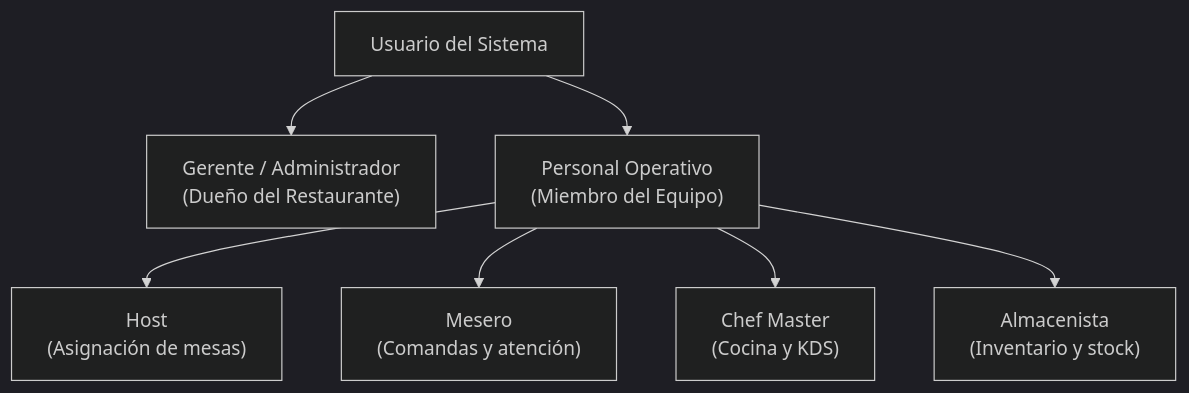
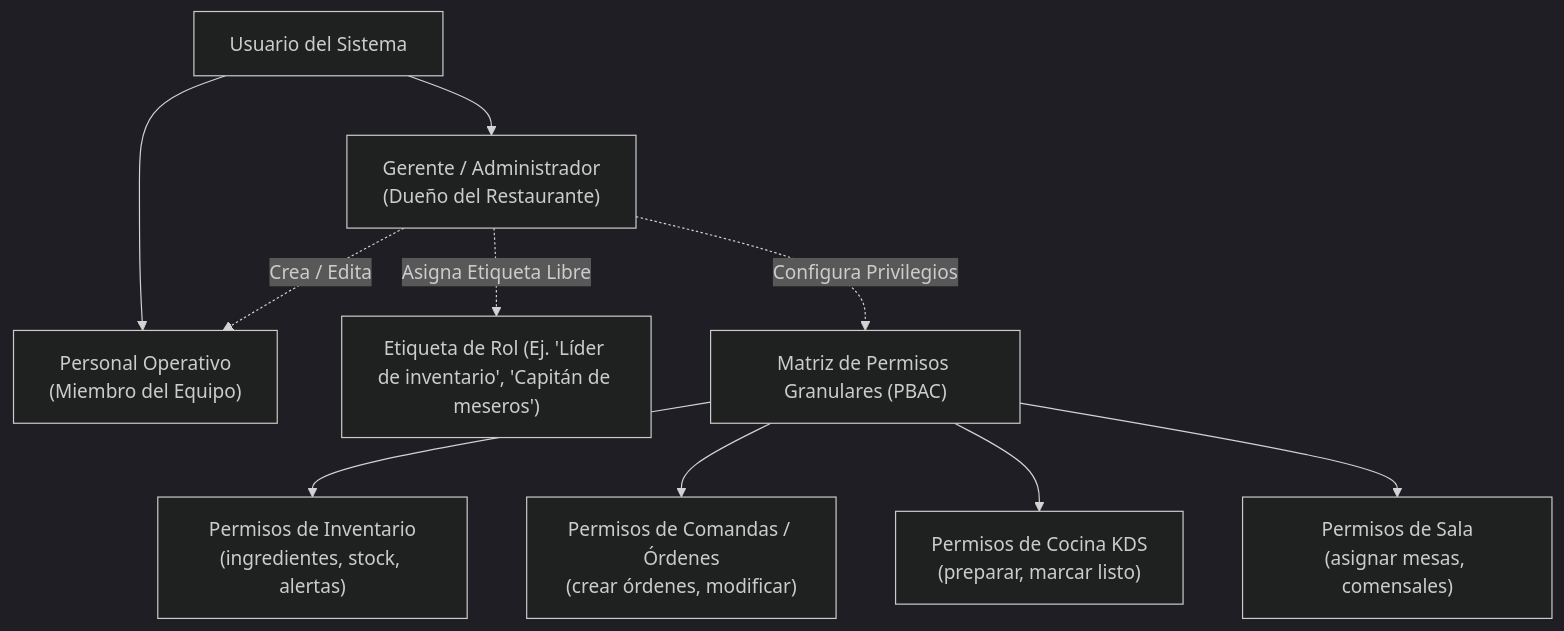
The second of 2 diagrams in output/ers/context.md (FMAT-Restaurant/Auth-Documentation), drawn with Mermaid (dark theme) before and after one commit. The commit also changed other lines of this file and 9 other files, not shown here.

````diff
--- a/output/ers/context.md
+++ b/output/ers/context.md
@@ -78,11 +79,15 @@
 ```mermaid
 flowchart TD
     User["Usuario del Sistema"]
     User --> Admin["Gerente / Administrador<br/>(Dueño del Restaurante)"]
     User --> Staff["Personal Operativo<br/>(Miembro del Equipo)"]
 
-    Staff --> Host["Host<br/>(Asignación de mesas)"]
-    Staff --> Mesero["Mesero<br/>(Comandas y atención)"]
-    Staff --> ChefMaster["Chef Master<br/>(Cocina y KDS)"]
-    Staff --> Almacenista["Almacenista<br/>(Inventario y stock)"]
+    Admin -.->|"Crea / Edita"| Staff
+    Admin -.->|"Asigna Etiqueta Libre"| Tag["Etiqueta de Rol (Ej. 'Líder de inventario', 'Capitán de meseros')"]
+    Admin -.->|"Configura Privilegios"| Perms["Matriz de Permisos Granulares (PBAC)"]
+
+    Perms --> ModInv["Permisos de Inventario<br/>(ingredientes, stock, alertas)"]
+    Perms --> ModOrd["Permisos de Comandas / Órdenes<br/>(crear órdenes, modificar)"]
+    Perms --> ModKit["Permisos de Cocina KDS<br/>(preparar, marcar listo)"]
+    Perms --> ModSal["Permisos de Sala<br/>(asignar mesas, comensales)"]
 ```
````
